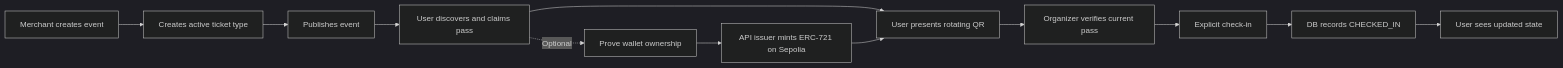
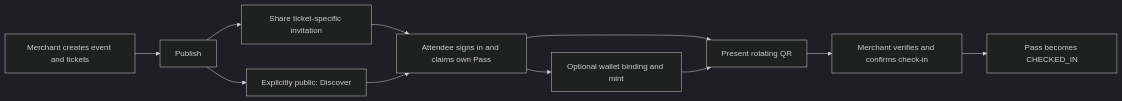
Before and after one commit to Maimai10808/chainpass: the second of 2 diagrams in README.md, drawn with Mermaid (dark theme). The commit also changed other lines of this file and 21 other files, not shown here.

````diff
--- a/README.md
+++ b/README.md
@@ -391,14 +153,13 @@
 ```mermaid
 flowchart LR
-    A[Merchant creates event] --> B[Creates active ticket type]
-    B --> C[Publishes event]
-    C --> D[User discovers and claims pass]
-    D --> E[User presents rotating QR]
-    D -. Optional .-> W[Prove wallet ownership]
-    W --> M[API issuer mints ERC-721 on Sepolia]
-    M --> E
-    E --> V[Organizer verifies current pass]
-    V --> R[Explicit check-in]
-    R --> S[DB records CHECKED_IN]
-    S --> U[User sees updated state]
+    A["Merchant creates event and tickets"] --> B["Publish"]
+    B --> C["Share ticket-specific invitation"]
+    B --> D["Explicitly public: Discover"]
+    C --> E["Attendee signs in and claims own Pass"]
+    D --> E
+    E --> F["Optional wallet binding and mint"]
+    E --> G["Present rotating QR"]
+    F --> G
+    G --> H["Merchant verifies and confirms check-in"]
+    H --> I["Pass becomes CHECKED_IN"]
 ```
````
